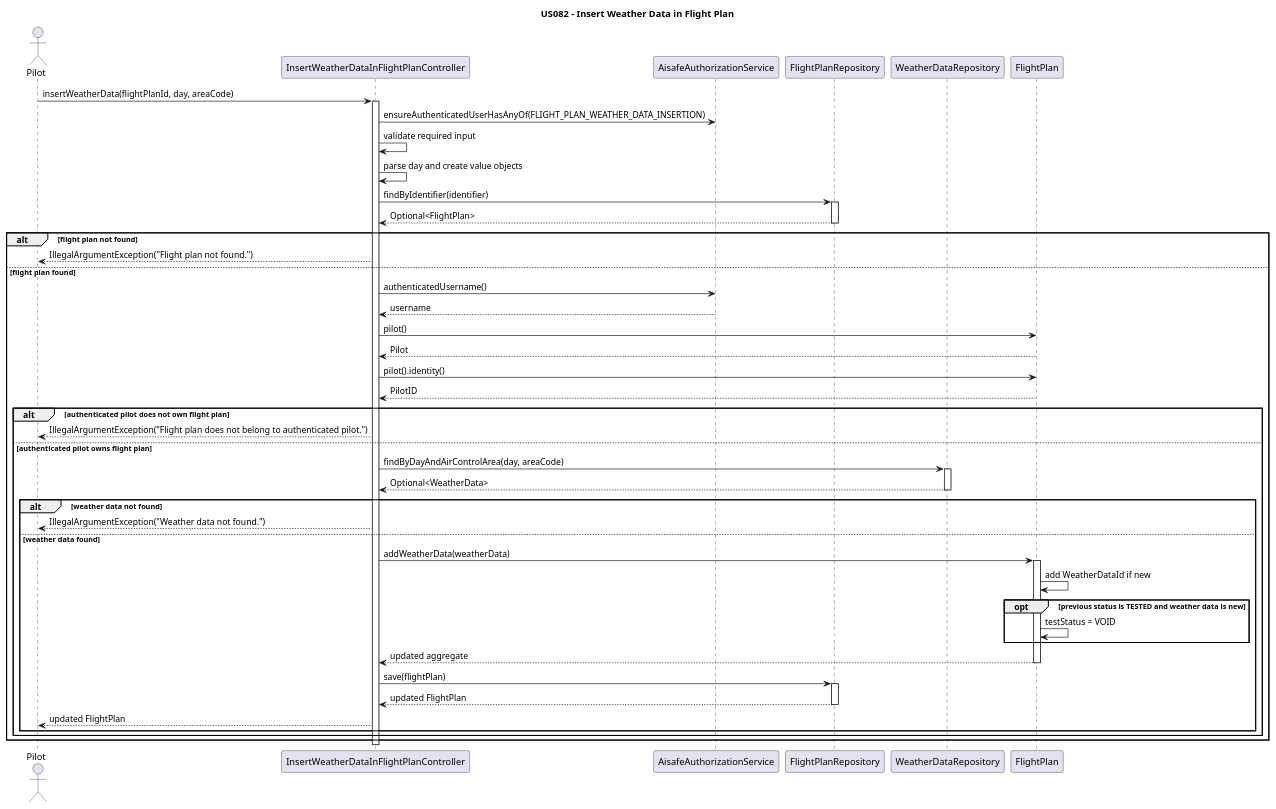
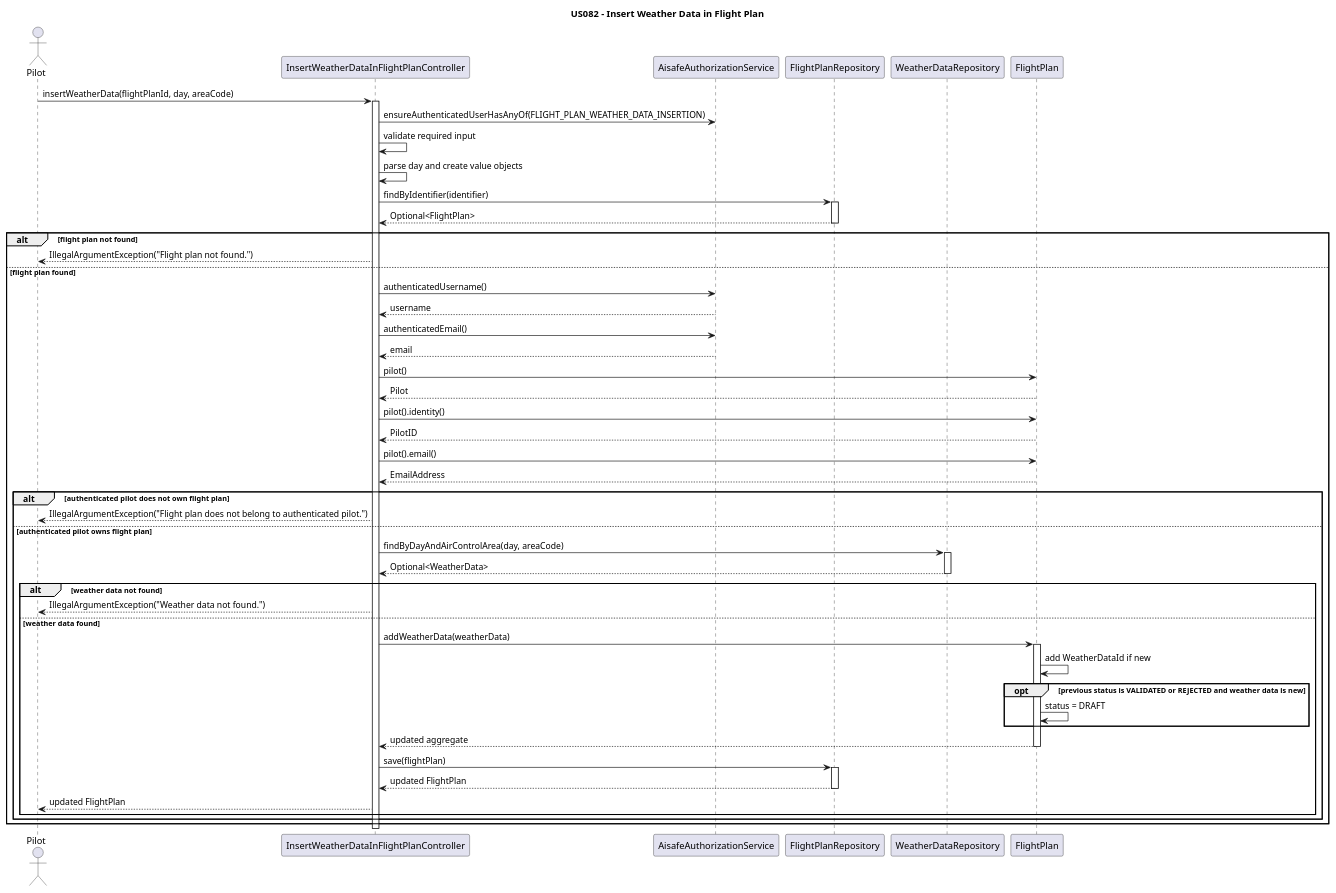
Before and after one commit to GustavoFerreira24/flight-management-platform: the diagram in docs/us_82/diagrams/sequence-diagram-82.puml, drawn with PlantUML. The commit also changed 7 other files, not shown here.

Commit message:
US082 (Code & Docs) - Enhance FlightPlan and related tests to invalidate previous rejections upon weather data addition. Update validation logic to reset status to DRAFT when weather data is added to a previously rejected flight plan. [#177][#179][#180]

```diff
--- a/docs/us_82/diagrams/sequence-diagram-82.puml
+++ b/docs/us_82/diagrams/sequence-diagram-82.puml
@@ -1,64 +1,68 @@
 @startuml
 title US082 - Insert Weather Data in Flight Plan
 
 actor Pilot
 participant "InsertWeatherDataInFlightPlanController" as Controller
 participant "AisafeAuthorizationService" as Authz
 participant "FlightPlanRepository" as FlightPlanRepo
 participant "WeatherDataRepository" as WeatherRepo
 participant "FlightPlan" as FlightPlan
 
 Pilot -> Controller : insertWeatherData(flightPlanId, day, areaCode)
 activate Controller
 
 Controller -> Authz : ensureAuthenticatedUserHasAnyOf(FLIGHT_PLAN_WEATHER_DATA_INSERTION)
 Controller -> Controller : validate required input
 Controller -> Controller : parse day and create value objects
 
 Controller -> FlightPlanRepo : findByIdentifier(identifier)
 activate FlightPlanRepo
 FlightPlanRepo --> Controller : Optional<FlightPlan>
 deactivate FlightPlanRepo
 
 alt flight plan not found
     Controller --> Pilot : IllegalArgumentException("Flight plan not found.")
 else flight plan found
     Controller -> Authz : authenticatedUsername()
     Authz --> Controller : username
+    Controller -> Authz : authenticatedEmail()
+    Authz --> Controller : email
     Controller -> FlightPlan : pilot()
     FlightPlan --> Controller : Pilot
     Controller -> FlightPlan : pilot().identity()
     FlightPlan --> Controller : PilotID
+    Controller -> FlightPlan : pilot().email()
+    FlightPlan --> Controller : EmailAddress
 
     alt authenticated pilot does not own flight plan
         Controller --> Pilot : IllegalArgumentException("Flight plan does not belong to authenticated pilot.")
     else authenticated pilot owns flight plan
         Controller -> WeatherRepo : findByDayAndAirControlArea(day, areaCode)
         activate WeatherRepo
         WeatherRepo --> Controller : Optional<WeatherData>
         deactivate WeatherRepo
 
         alt weather data not found
             Controller --> Pilot : IllegalArgumentException("Weather data not found.")
         else weather data found
             Controller -> FlightPlan : addWeatherData(weatherData)
             activate FlightPlan
             FlightPlan -> FlightPlan : add WeatherDataId if new
-            opt previous status is TESTED and weather data is new
-                FlightPlan -> FlightPlan : testStatus = VOID
+            opt previous status is VALIDATED or REJECTED and weather data is new
+                FlightPlan -> FlightPlan : status = DRAFT
             end
             FlightPlan --> Controller : updated aggregate
             deactivate FlightPlan
 
             Controller -> FlightPlanRepo : save(flightPlan)
             activate FlightPlanRepo
             FlightPlanRepo --> Controller : updated FlightPlan
             deactivate FlightPlanRepo
             Controller --> Pilot : updated FlightPlan
         end
     end
 end
 
 deactivate Controller
 
 @enduml
```
